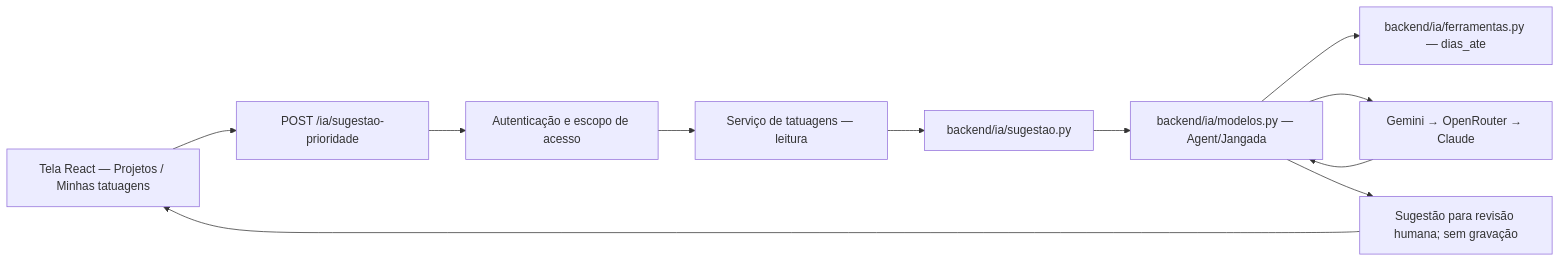
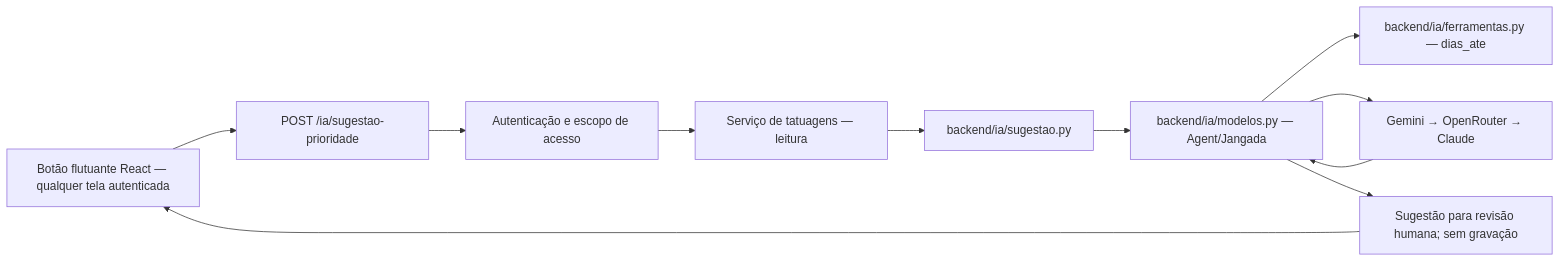
Before and after one commit to AlexRock1000/AvaliacaoBackend: the diagram in .Docs/arquitetura.md, drawn with Mermaid. The commit also changed 3 other files, not shown here.

````diff
--- a/.Docs/arquitetura.md
+++ b/.Docs/arquitetura.md
@@ -14,17 +14,17 @@
 ```mermaid
 flowchart LR
-  tela["Tela React — Projetos / Minhas tatuagens"]
+  tela["Botão flutuante React — qualquer tela autenticada"]
   rota["POST /ia/sugestao-prioridade"]
   permissao["Autenticação e escopo de acesso"]
   tatuagens["Serviço de tatuagens — leitura"]
   sugestao["backend/ia/sugestao.py"]
   agente["backend/ia/modelos.py — Agent/Jangada"]
   ferramentas["backend/ia/ferramentas.py — dias_ate"]
   provedores["Gemini → OpenRouter → Claude"]
   resposta["Sugestão para revisão humana; sem gravação"]
 
   tela --> rota --> permissao --> tatuagens --> sugestao --> agente
   agente --> ferramentas
   agente --> provedores --> agente
   agente --> resposta --> tela
 ```
````
